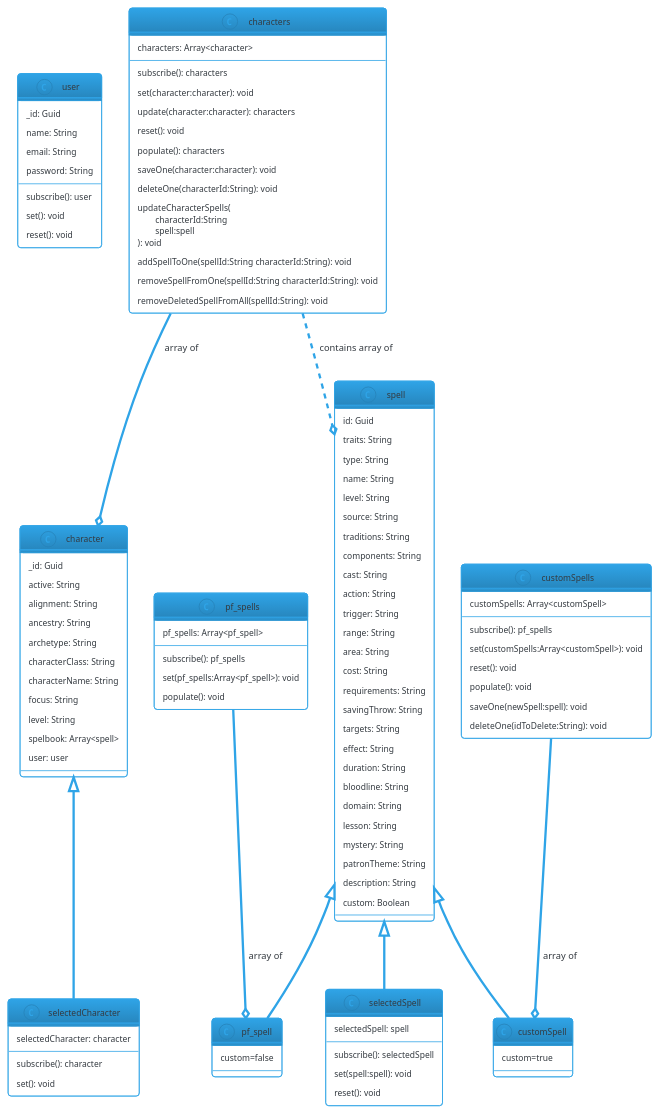
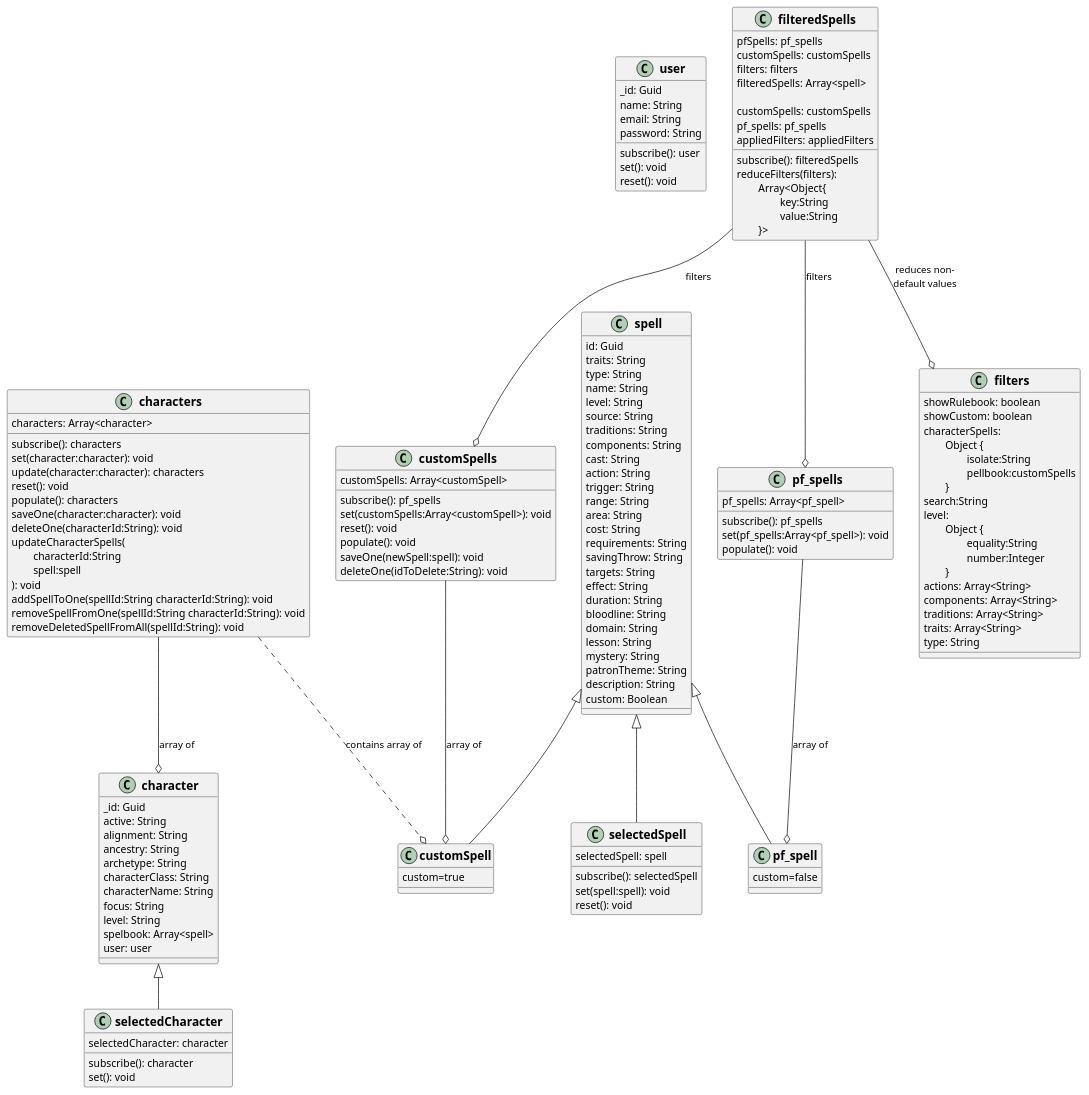
One commit to JasonHoltzen/casterfire-api-test changed the diagram in ClassDiagram.puml. Above: the diagram before and after it, drawn with PlantUML. The commit also changed 13 other files, not shown here.

```diff
--- a/ClassDiagram.puml
+++ b/ClassDiagram.puml
@@ -1,121 +1,154 @@
 @startuml classDiagram
-!theme cerulean-outline
+skinparam classFontName Calibri
+skinparam classFontSize 16
+skinparam classFontStyle bold
 
 class user {
   _id: Guid
   name: String
   email: String
   password: String
 
   subscribe(): user
   set(): void
   reset(): void
 }
 
 class character {
   _id: Guid
 	active: String
 	alignment: String
 	ancestry: String
 	archetype: String
 	characterClass: String
 	characterName: String
 	focus: String
 	level: String
   spelbook: Array<spell>
 	user: user
 }
 
 class characters {
   characters: Array<character>
 
   subscribe(): characters
   set(character:character): void
   update(character:character): characters
   reset(): void
   populate(): characters
   saveOne(character:character): void
   deleteOne(characterId:String): void
   updateCharacterSpells(\n\tcharacterId:String \n\tspell:spell\n): void
   addSpellToOne(spellId:String characterId:String): void
   removeSpellFromOne(spellId:String characterId:String): void
   removeDeletedSpellFromAll(spellId:String): void
 }
 
 class selectedCharacter extends character {
   selectedCharacter: character
 
   subscribe(): character
   set(): void
 }
 
 class spell {
   id: Guid
 	traits: String
 	type: String
 	name: String
 	level: String
 	source: String
 	traditions: String
 	components: String
 	cast: String
 	action: String
 	trigger: String
 	range: String
 	area: String
 	cost: String
 	requirements: String
 	savingThrow: String
 	targets: String
 	effect: String
 	duration: String
 	bloodline: String
 	domain: String
 	lesson: String
 	mystery: String
 	patronTheme: String
 	description: String
 	custom: Boolean
 }
 
 class pf_spell extends spell {
   custom=false
 }
 
 class customSpell extends spell{
   custom=true
 }
 
 class pf_spells {
   pf_spells: Array<pf_spell>
 
   subscribe(): pf_spells
   set(pf_spells:Array<pf_spell>): void
   populate(): void
 }
 
 class customSpells {
   customSpells: Array<customSpell>
 
   subscribe(): pf_spells
   set(customSpells:Array<customSpell>): void
   reset(): void
   populate(): void
   saveOne(newSpell:spell): void
   deleteOne(idToDelete:String): void
 }
 
 class selectedSpell extends spell {
   selectedSpell: spell
 
   subscribe(): selectedSpell
   set(spell:spell): void
   reset(): void
 }
 
-characters --o character : array of
-characters ..o spell : contains array of
-customSpells --o customSpell : array of
+class filters {
+  showRulebook: boolean
+	showCustom: boolean
+	characterSpells: \n\tObject {\n\t\tisolate:String \n\t\tpellbook:customSpells\n\t}
+	search:String
+	level: \n\tObject {\n\t\tequality:String\n\t\tnumber:Integer\n\t}
+	actions: Array<String>
+	components: Array<String>
+	traditions: Array<String>
+	traits: Array<String>
+	type: String
+}
+
+class filteredSpells {
+  pfSpells: pf_spells
+  customSpells: customSpells
+  filters: filters
+  filteredSpells: Array<spell>
+
+  subscribe(): filteredSpells
+  reduceFilters(filters): \n\tArray<Object{\n\t\tkey:String\n\t\tvalue:String\n\t}>
+}
+
+class filteredSpells  {
+  customSpells: customSpells
+  pf_spells: pf_spells
+  appliedFilters: appliedFilters
+}
+
+characters --o character: array of
+characters ..o customSpell: contains array of
+customSpells --o customSpell: array of
 pf_spells --o pf_spell: array of
-
+filteredSpells --o pf_spells: filters
+filteredSpells --o customSpells: filters
+filteredSpells --o filters: reduces non-\ndefault values
 @enduml
```
